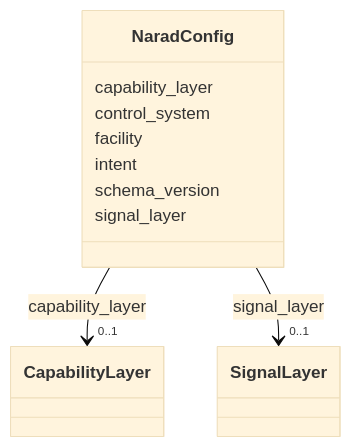
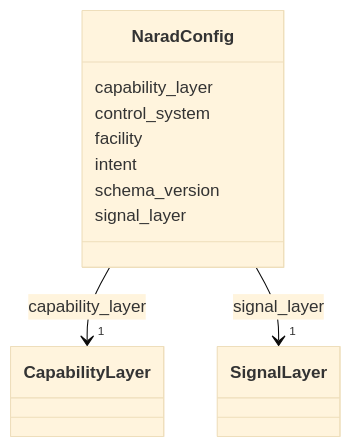
The diagram in docs_narad/NaradConfig.md (pals-project/pals-facility-config), drawn with Mermaid (base theme) before and after one commit. The commit also changed other lines of this file and 235 other files, not shown here.

Commit message:
aligned schema to SOSA SNN, gen-project gendocs and validate all work

````diff
--- a/docs_narad/NaradConfig.md
+++ b/docs_narad/NaradConfig.md
@@ -18,36 +18,36 @@
 ```mermaid
  classDiagram
     class NaradConfig
     click NaradConfig href "../NaradConfig/"
       NaradConfig : capability_layer
         
           
     
         
         
-        NaradConfig --> "0..1" CapabilityLayer : capability_layer
+        NaradConfig --> "1" CapabilityLayer : capability_layer
         click CapabilityLayer href "../CapabilityLayer/"
     
 
         
       NaradConfig : control_system
         
       NaradConfig : facility
         
       NaradConfig : intent
         
       NaradConfig : schema_version
         
       NaradConfig : signal_layer
         
           
     
         
         
-        NaradConfig --> "0..1" SignalLayer : signal_layer
+        NaradConfig --> "1" SignalLayer : signal_layer
         click SignalLayer href "../SignalLayer/"
     
 
         
       
 ```
````
